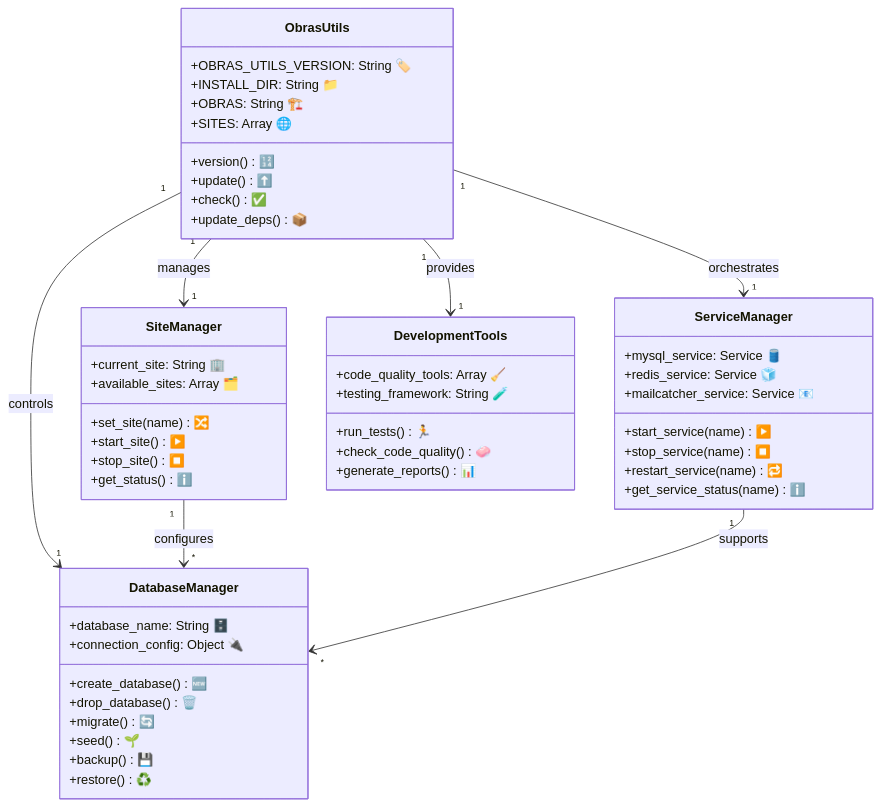
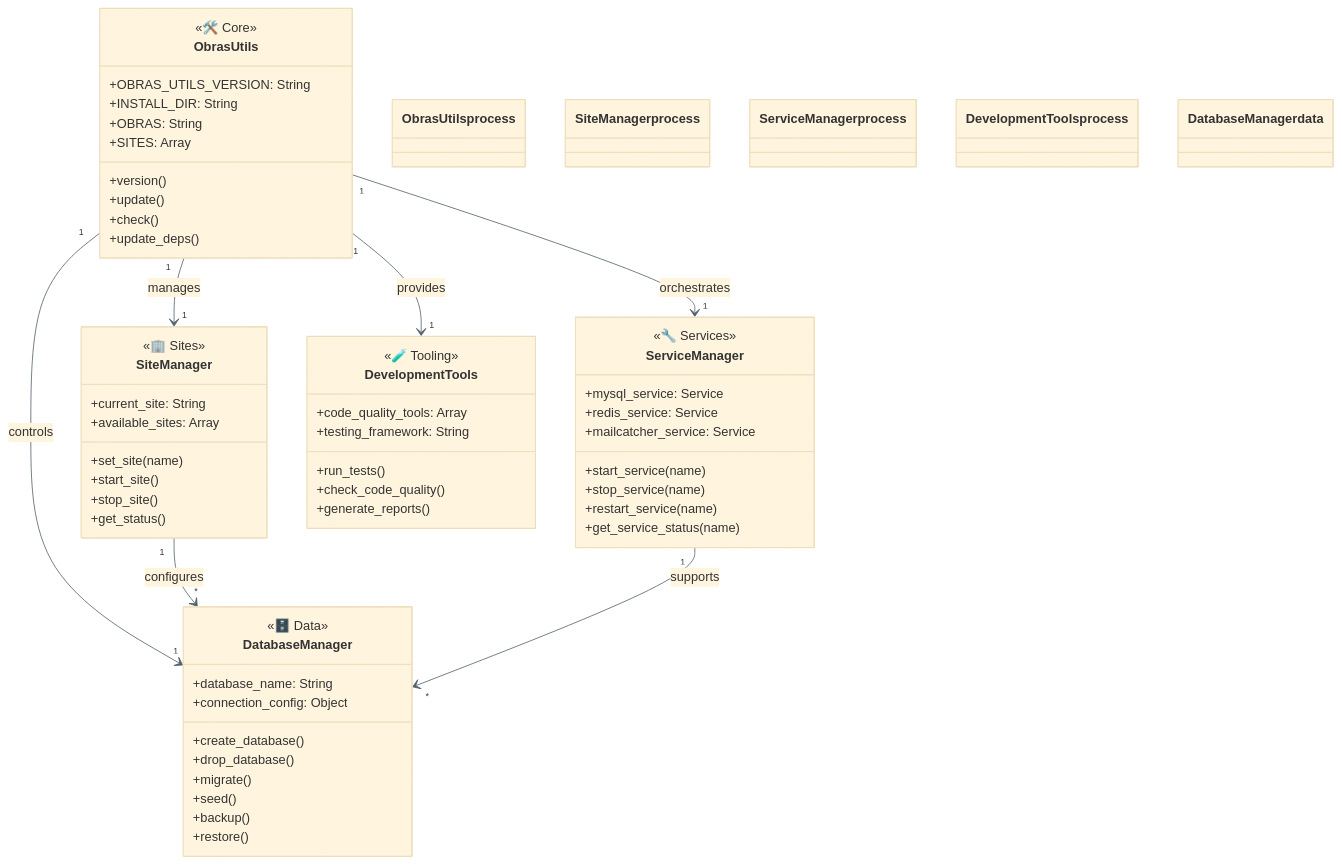
Before and after one commit to enogrob/project-automation-devenv: the second of 4 diagrams in README.md, drawn with Mermaid. The commit also changed other lines of this file and 1 other file, not shown here.

Commit message:
update-README-and-add-gitHub-workflows

````diff
--- a/README.md
+++ b/README.md
@@ -104,60 +76,67 @@
 ```mermaid
-%% Class diagram with emoticons and pastel colors
+%%{init: {"theme":"base","themeVariables":{"lineColor":"#52606D"}}}%%
 classDiagram
-  classDef pastelBlue fill:#dbeafe,stroke:#60a5fa,stroke-width:2px,color:#1e293b;
-  classDef pastelGreen fill:#dcfce7,stroke:#4ade80,stroke-width:2px,color:#166534;
-  classDef pastelPink fill:#fce7f3,stroke:#f472b6,stroke-width:2px,color:#831843;
-  classDef pastelYellow fill:#fef9c3,stroke:#fde047,stroke-width:2px,color:#92400e;
-  classDef pastelPurple fill:#ede9fe,stroke:#a78bfa,stroke-width:2px,color:#4c1d95;
+  classDef process fill:#DCEBFA,stroke:#355C7D,stroke-width:1.5px,color:#1E293B
+  classDef data fill:#DDF2E1,stroke:#3F6B4F,stroke-width:1.5px,color:#1E3324
 
   class ObrasUtils {
-    +OBRAS_UTILS_VERSION: String 🏷️
-    +INSTALL_DIR: String 📁
-    +OBRAS: String 🏗️
-    +SITES: Array 🌐
-    +version() 🔢
-    +update() ⬆️
-    +check() ✅
-    +update_deps() 📦
+    <<🛠️ Core>>
+    +OBRAS_UTILS_VERSION: String
+    +INSTALL_DIR: String
+    +OBRAS: String
+    +SITES: Array
+    +version()
+    +update()
+    +check()
+    +update_deps()
   }
   class SiteManager {
-    +current_site: String 🏢
-    +available_sites: Array 🗂️
-    +set_site(name) 🔀
-    +start_site() ▶️
-    +stop_site() ⏹️
-    +get_status() ℹ️
+    <<🏢 Sites>>
+    +current_site: String
+    +available_sites: Array
+    +set_site(name)
+    +start_site()
+    +stop_site()
+    +get_status()
   }
   class DatabaseManager {
-    +database_name: String 🗄️
-    +connection_config: Object 🔌
-    +create_database() 🆕
-    +drop_database() 🗑️
-    +migrate() 🔄
-    +seed() 🌱
-    +backup() 💾
-    +restore() ♻️
+    <<🗄️ Data>>
+    +database_name: String
+    +connection_config: Object
+    +create_database()
+    +drop_database()
+    +migrate()
+    +seed()
+    +backup()
+    +restore()
   }
   class ServiceManager {
-    +mysql_service: Service 🛢️
-    +redis_service: Service 🧊
-    +mailcatcher_service: Service 📧
-    +start_service(name) ▶️
-    +stop_service(name) ⏹️
-    +restart_service(name) 🔁
-    +get_service_status(name) ℹ️
+    <<🔧 Services>>
+    +mysql_service: Service
+    +redis_service: Service
+    +mailcatcher_service: Service
+    +start_service(name)
+    +stop_service(name)
+    +restart_service(name)
+    +get_service_status(name)
   }
   class DevelopmentTools {
-    +code_quality_tools: Array 🧹
-    +testing_framework: String 🧪
-    +run_tests() 🏃
-    +check_code_quality() 🧼
-    +generate_reports() 📊
+    <<🧪 Tooling>>
+    +code_quality_tools: Array
+    +testing_framework: String
+    +run_tests()
+    +check_code_quality()
+    +generate_reports()
   }
   ObrasUtils "1" --> "1" SiteManager : manages
   ObrasUtils "1" --> "1" DatabaseManager : controls
   ObrasUtils "1" --> "1" ServiceManager : orchestrates
   ObrasUtils "1" --> "1" DevelopmentTools : provides
   SiteManager "1" --> "*" DatabaseManager : configures
   ServiceManager "1" --> "*" DatabaseManager : supports
+  class ObrasUtils process
+  class SiteManager process
+  class ServiceManager process
+  class DevelopmentTools process
+  class DatabaseManager data
 ```
````
